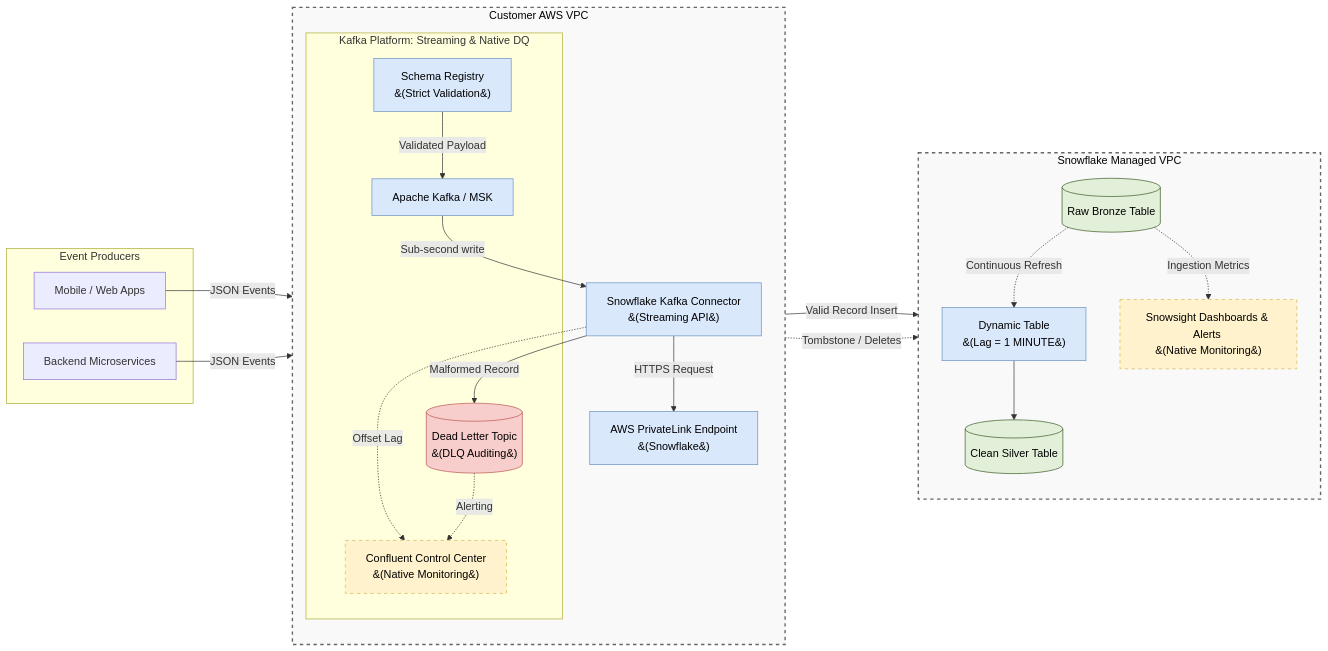
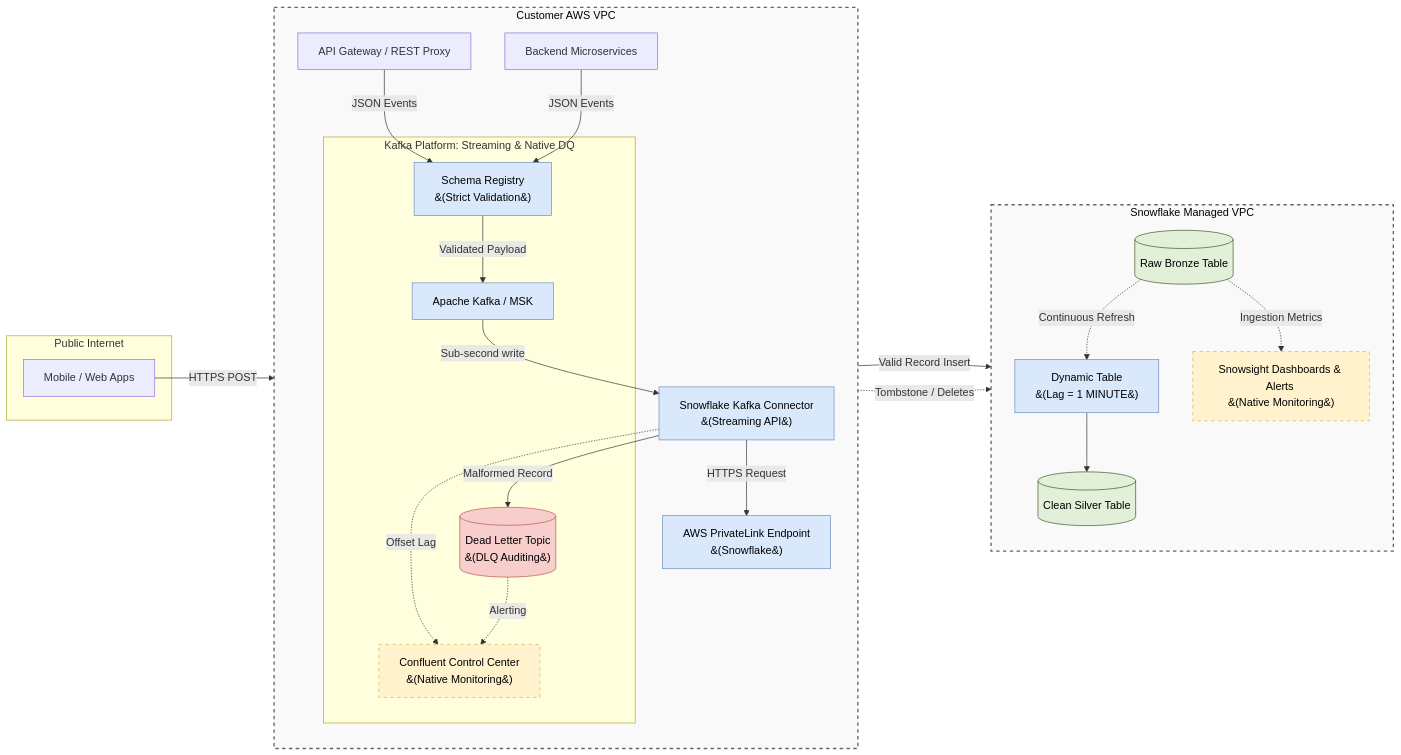
Before and after one commit to toanbui626391/data_architect: the diagram in snowflake/realtime_streaming_architecture_document.md, drawn with Mermaid. The commit also changed other lines of this file, not shown here.

````diff
--- a/snowflake/realtime_streaming_architecture_document.md
+++ b/snowflake/realtime_streaming_architecture_document.md
@@ -24,60 +24,63 @@
 ```mermaid
 flowchart LR
-    subgraph DataProducers [Event Producers]
+    subgraph PublicInternet [Public Internet]
         App["Mobile / Web Apps"]
-        Microservices["Backend Microservices"]
     end
 
     subgraph CustomerVPC [Customer AWS VPC]
         direction TB
+        APIGW["API Gateway / REST Proxy"]
+        Microservices["Backend Microservices"]
+        
         subgraph MessageBus [Kafka Platform: Streaming & Native DQ]
             Registry["Schema Registry <br>&#40;Strict Validation&#41;"]
             Kafka["Apache Kafka / MSK"]
             DLT[("Dead Letter Topic <br>&#40;DLQ Auditing&#41;")]
             C3["Confluent Control Center <br>&#40;Native Monitoring&#41;"]
         end
         Connector["Snowflake Kafka Connector <br>&#40;Streaming API&#41;"]
         VPCE["AWS PrivateLink Endpoint <br>&#40;Snowflake&#41;"]
     end
 
     subgraph Snowflake [Snowflake Managed VPC]
         direction TB
         Table[("Raw Bronze Table")]
         DT["Dynamic Table <br>&#40;Lag = 1 MINUTE&#41;"]
         Silver[("Clean Silver Table")]
         Snowsight["Snowsight Dashboards & Alerts <br>&#40;Native Monitoring&#41;"]
     end
 
-    App -->|JSON Events| Registry
+    App -->|HTTPS POST| APIGW
+    APIGW -->|JSON Events| Registry
     Microservices -->|JSON Events| Registry
     Registry -->|Validated Payload| Kafka
     
     Kafka -->|Sub-second write| Connector
     Connector -->|HTTPS Request| VPCE
     
     %% Handling Discrepancies at the Connector
     Connector -->|Malformed Record| DLT
     VPCE -->|Valid Record Insert| Table
     VPCE -.->|Tombstone / Deletes| Table
     
     Table -.->|Continuous Refresh| DT
     DT --> Silver
     
     %% Native Observability Links
     Connector -.->|Offset Lag| C3
     DLT -.->|Alerting| C3
     Table -.->|Ingestion Metrics| Snowsight
 
     %% Styling
     classDef storage fill:#e2f0d9,stroke:#385723,stroke-width:1px,color:#000;
     classDef bad fill:#f8cecc,stroke:#b85450,stroke-width:1px,color:#000;
     classDef process fill:#dae8fc,stroke:#6c8ebf,stroke-width:1px,color:#000;
     classDef monitor fill:#fff2cc,stroke:#d6b656,stroke-width:1px,color:#000,stroke-dasharray: 5 5;
     classDef network fill:#f9f9f9,stroke:#666,stroke-width:2px,color:#000,stroke-dasharray: 5 5;
     
     class Table,Silver storage;
     class DLT bad;
     class Connector,DT,Registry,Kafka,VPCE process;
     class C3,Snowsight monitor;
     class CustomerVPC,Snowflake network;
 ```
````
